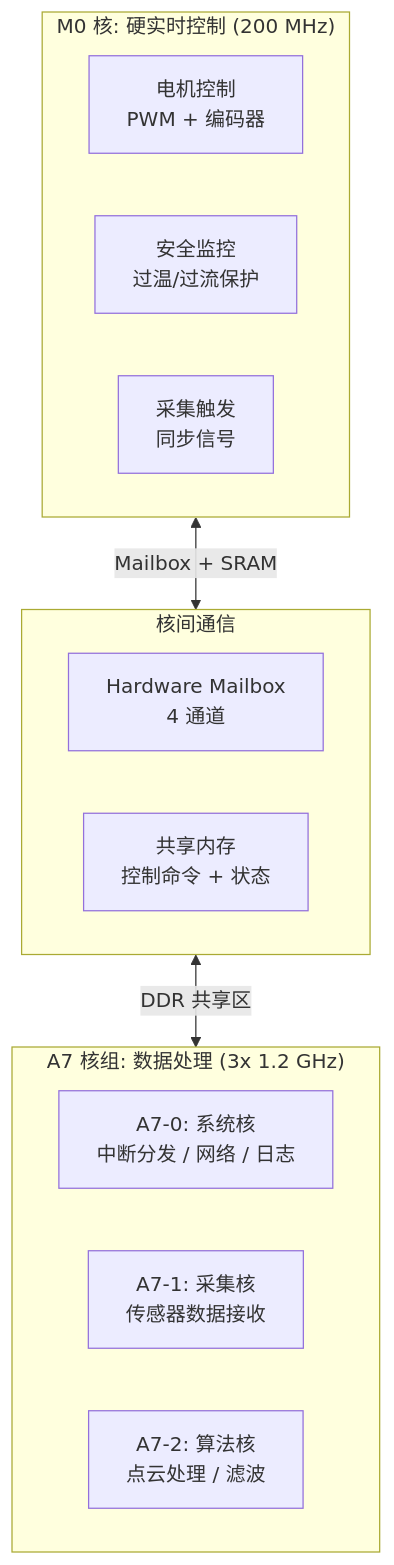
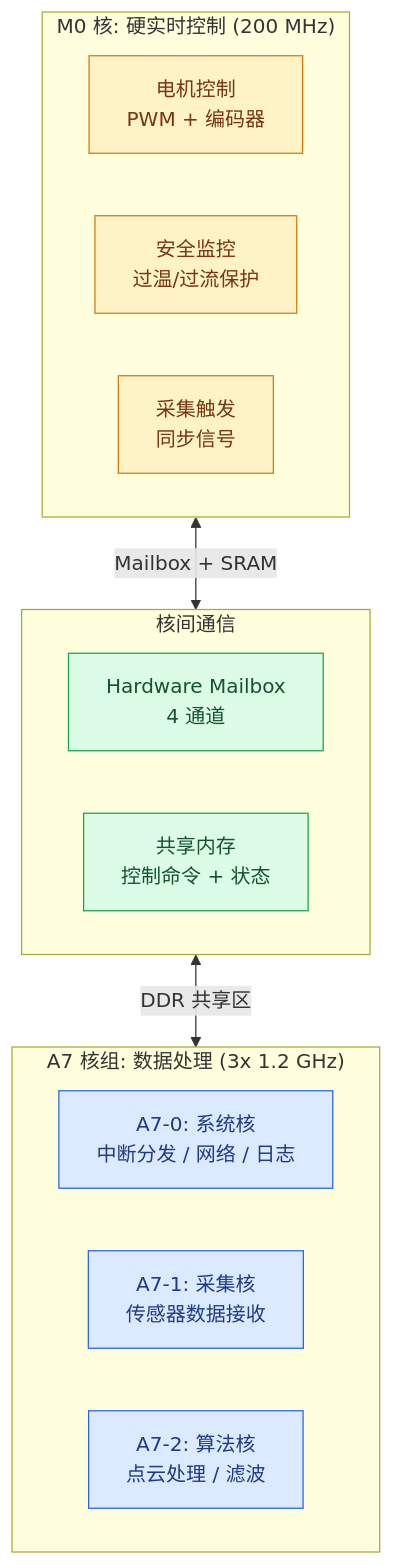
The first of 4 diagrams in content/posts/architecture/rtos_vs_linux_heterogeneous_soc.md (DeguiLiu/tech-notes), drawn with Mermaid before and after one commit. The commit also changed other lines of this file and 16 other files, not shown here.

First line of the commit message:
story-docs(blog): de-AI architecture and pattern posts, add project links

````diff
--- a/content/posts/architecture/rtos_vs_linux_heterogeneous_soc.md
+++ b/content/posts/architecture/rtos_vs_linux_heterogeneous_soc.md
@@ -54,22 +55,28 @@
 ```mermaid
 flowchart TB
     subgraph M0["M0 核: 硬实时控制 (200 MHz)"]
         MOTOR["电机控制\nPWM + 编码器"]
         SAFETY["安全监控\n过温/过流保护"]
         TRIGGER["采集触发\n同步信号"]
     end
 
     subgraph A7["A7 核组: 数据处理 (3x 1.2 GHz)"]
         A7_0["A7-0: 系统核\n中断分发 / 网络 / 日志"]
         A7_1["A7-1: 采集核\n传感器数据接收"]
         A7_2["A7-2: 算法核\n点云处理 / 滤波"]
     end
 
     subgraph IPC["核间通信"]
         MBOX["Hardware Mailbox\n4 通道"]
         SHMEM["共享内存\n控制命令 + 状态"]
     end
 
     M0 <-->|"Mailbox + SRAM"| IPC
     IPC <-->|"DDR 共享区"| A7
+    classDef mcore fill:#fef3c7,stroke:#d97706,color:#78350f
+    classDef acore fill:#dbeafe,stroke:#2563eb,color:#1e3a8a
+    classDef ipc fill:#dcfce7,stroke:#16a34a,color:#14532d
+    class MOTOR,SAFETY,TRIGGER mcore
+    class A7_0,A7_1,A7_2 acore
+    class MBOX,SHMEM ipc
 ```
````
